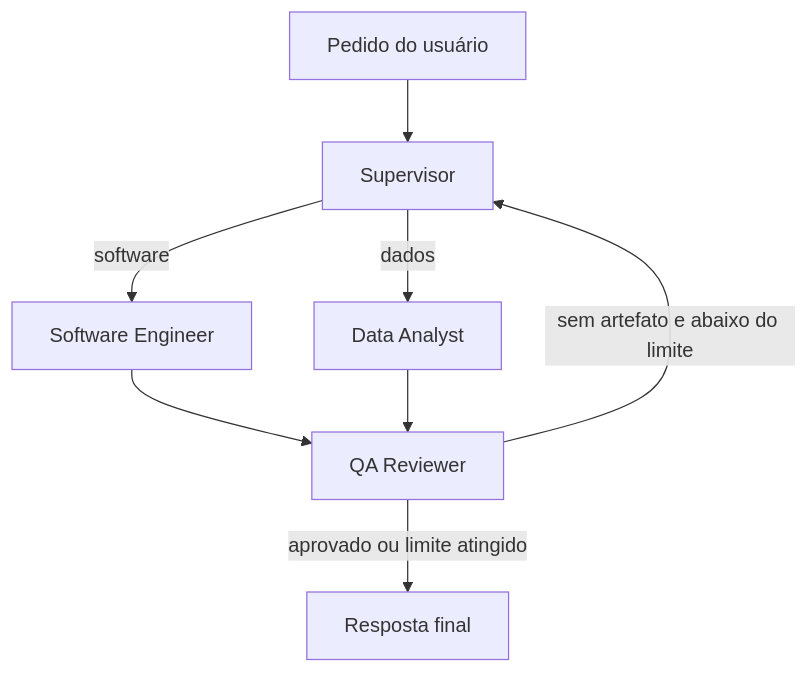
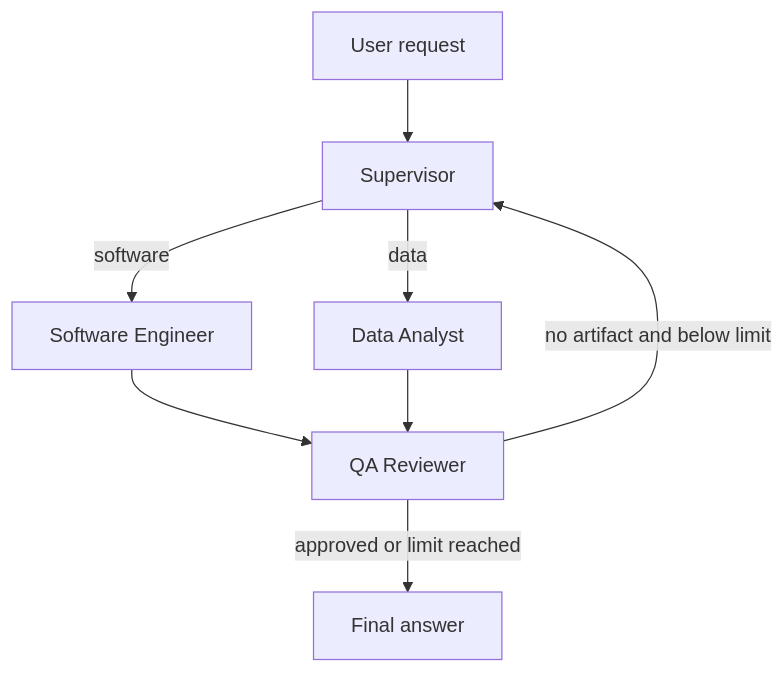
Before and after one commit to PresetyX/AI-Multi-Agent-System: the first of 2 diagrams in README.md, drawn with Mermaid. The commit also changed other lines of this file and 1 other file, not shown here.

````diff
--- a/README.md
+++ b/README.md
@@ -20,10 +22,10 @@
 ```mermaid
 graph TD
-  U[Pedido do usuário] --> S[Supervisor]
+  U[User request] --> S[Supervisor]
   S -->|software| E[Software Engineer]
-  S -->|dados| D[Data Analyst]
+  S -->|data| D[Data Analyst]
   E --> R[QA Reviewer]
   D --> R
-  R -->|sem artefato e abaixo do limite| S
-  R -->|aprovado ou limite atingido| F[Resposta final]
+  R -->|no artifact and below limit| S
+  R -->|approved or limit reached| F[Final answer]
 ```
````
